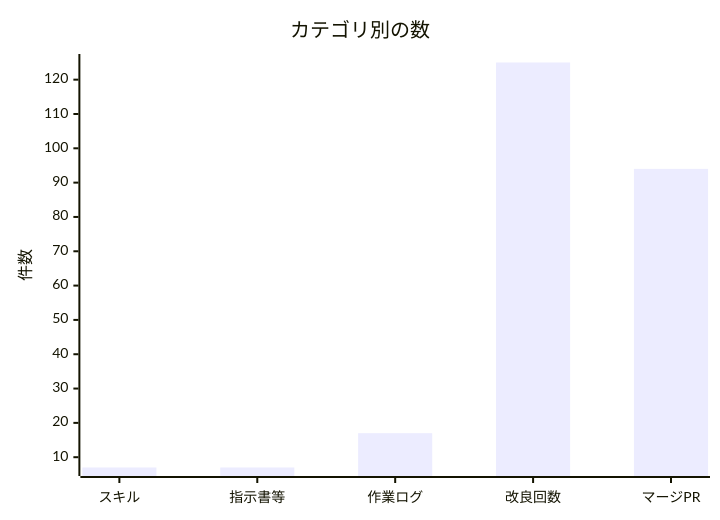
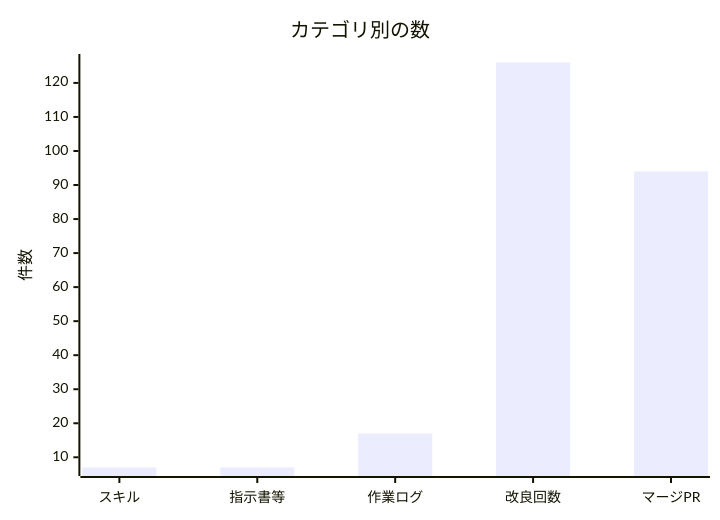
One commit to non-x2/non-x2 changed the second of 2 diagrams in docs/進化レポート.md. Above: the diagram before and after it, drawn with Mermaid. The commit also changed other lines of this file and 1 other file, not shown here.

````diff
--- a/docs/進化レポート.md
+++ b/docs/進化レポート.md
@@ -35,7 +35,7 @@
 ```mermaid
 xychart-beta
     title "カテゴリ別の数"
     x-axis ["スキル", "指示書等", "作業ログ", "改良回数", "マージPR"]
     y-axis "件数"
-    bar [7, 7, 17, 125, 94]
+    bar [7, 7, 17, 126, 94]
 ```
````
